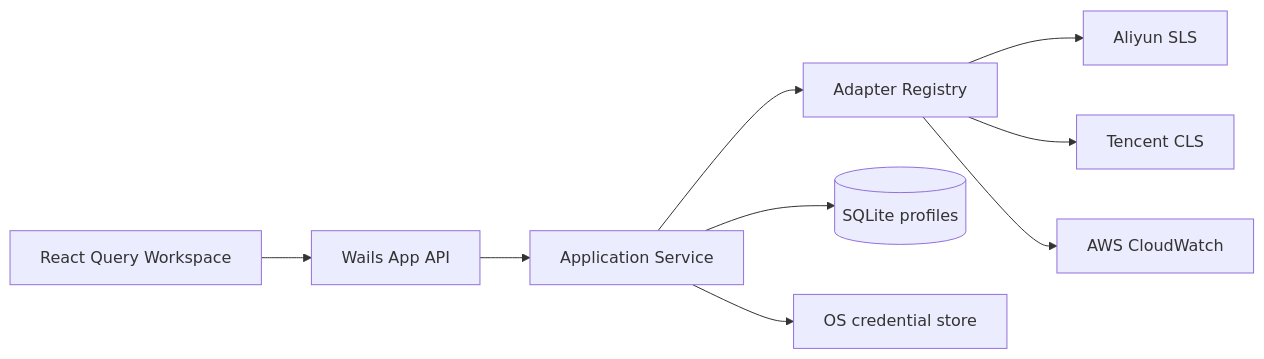
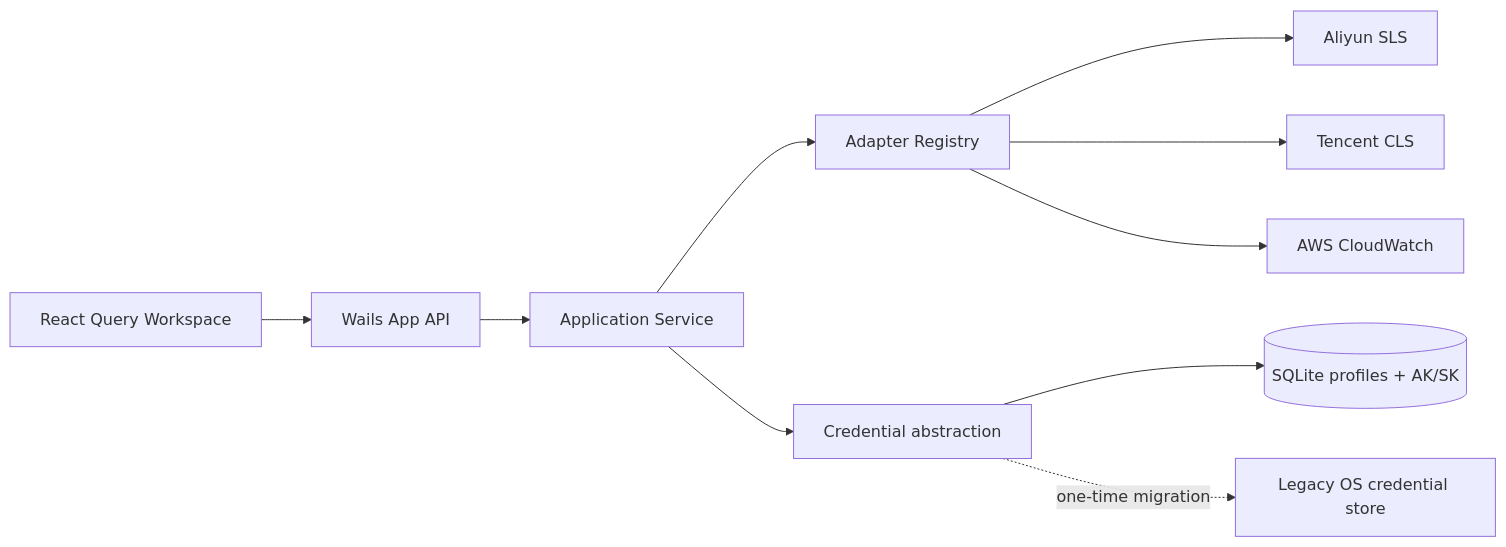
One commit to liangguifeng/LogGopher changed the diagram in DESIGN.md. Above: the diagram before and after it, drawn with Mermaid. The commit also changed other lines of this file and 3 other files, not shown here.

````diff
--- a/DESIGN.md
+++ b/DESIGN.md
@@ -11,11 +11,12 @@
 ```mermaid
 flowchart LR
   UI["React Query Workspace"] --> Bridge["Wails App API"]
   Bridge --> UseCase["Application Service"]
   UseCase --> Registry["Adapter Registry"]
   Registry --> SLS["Aliyun SLS"]
   Registry --> CLS["Tencent CLS"]
   Registry --> AWS["AWS CloudWatch"]
-  UseCase --> DB[("SQLite profiles")]
-  UseCase --> Keychain["OS credential store"]
+  UseCase --> Credential["Credential abstraction"]
+  Credential --> DB[("SQLite profiles + AK/SK")]
+  Credential -. one-time migration .-> Keychain["Legacy OS credential store"]
 ```
````
